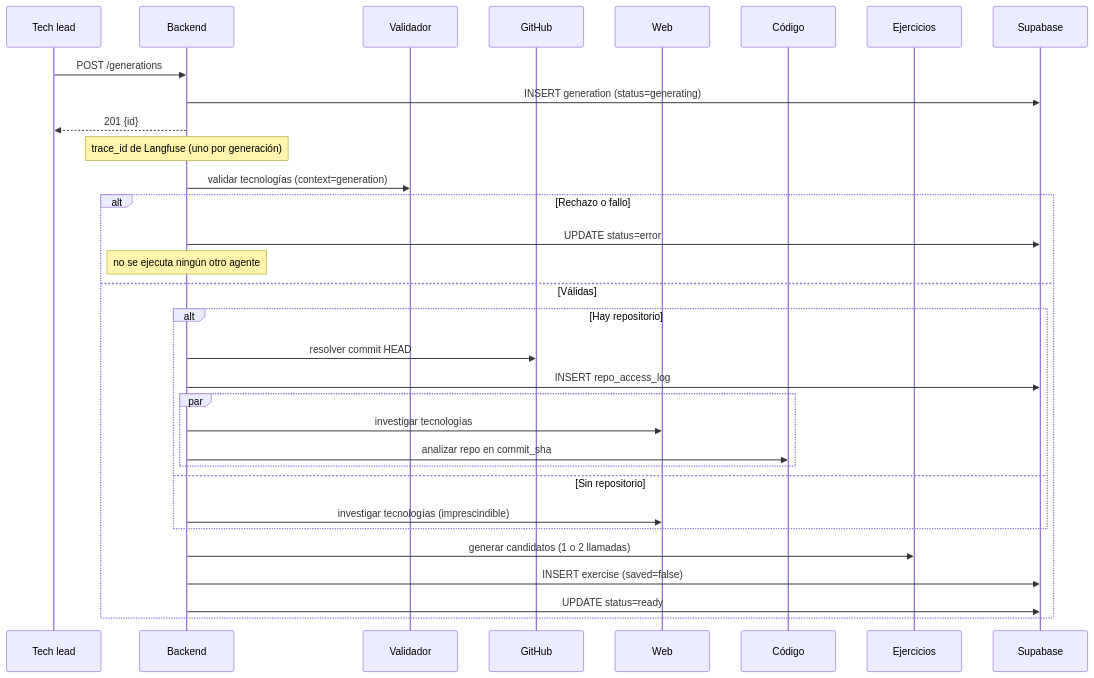
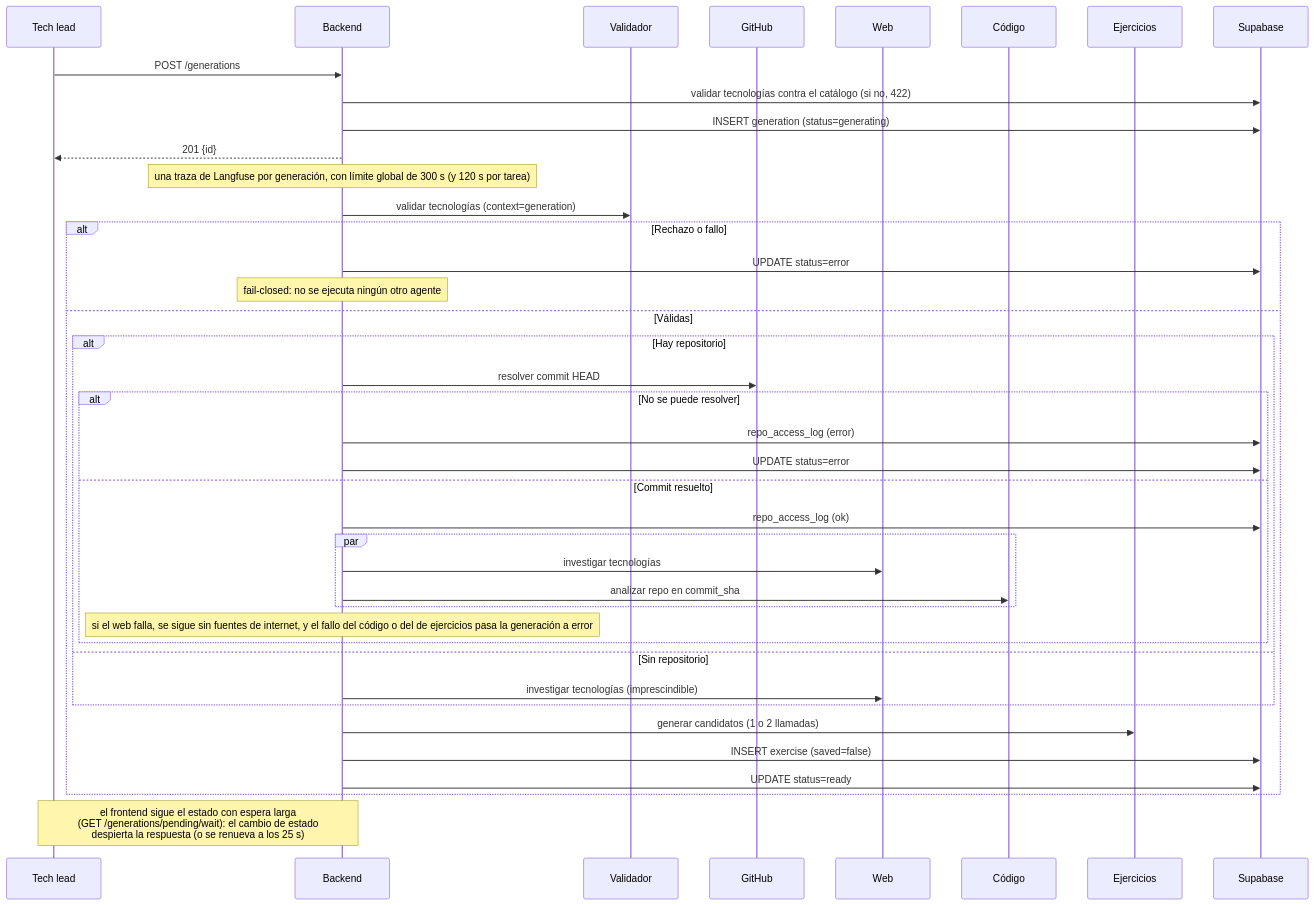
Before and after one commit to Mapeldorf/JuniorTrainer: the fourth of 10 diagrams in capstone/juniortrainer-capstone.md, drawn with Mermaid. The commit also changed other lines of this file, not shown here.

````diff
--- a/capstone/juniortrainer-capstone.md
+++ b/capstone/juniortrainer-capstone.md
@@ -1288,35 +1315,43 @@
 ```mermaid
 sequenceDiagram
     participant TL as Tech lead
     participant BE as Backend
     participant AV as Validador
     participant GH as GitHub
     participant AW as Web
     participant AC as Código
     participant AE as Ejercicios
     participant DB as Supabase
 
     TL->>BE: POST /generations
+    BE->>DB: validar tecnologías contra el catálogo (si no, 422)
     BE->>DB: INSERT generation (status=generating)
     BE-->>TL: 201 {id}
-    Note over BE: trace_id de Langfuse (uno por generación)
+    Note over BE: una traza de Langfuse por generación, con límite global de 300 s (y 120 s por tarea)
     BE->>AV: validar tecnologías (context=generation)
     alt Rechazo o fallo
         BE->>DB: UPDATE status=error
-        Note over BE: no se ejecuta ningún otro agente
+        Note over BE: fail-closed: no se ejecuta ningún otro agente
     else Válidas
         alt Hay repositorio
             BE->>GH: resolver commit HEAD
-            BE->>DB: INSERT repo_access_log
-            par
-                BE->>AW: investigar tecnologías
-                BE->>AC: analizar repo en commit_sha
+            alt No se puede resolver
+                BE->>DB: repo_access_log (error)
+                BE->>DB: UPDATE status=error
+            else Commit resuelto
+                BE->>DB: repo_access_log (ok)
+                par
+                    BE->>AW: investigar tecnologías
+                    BE->>AC: analizar repo en commit_sha
+                end
+                Note over BE: si el web falla, se sigue sin fuentes de internet, y el fallo del código o del de ejercicios pasa la generación a error
             end
         else Sin repositorio
             BE->>AW: investigar tecnologías (imprescindible)
         end
         BE->>AE: generar candidatos (1 o 2 llamadas)
         BE->>DB: INSERT exercise (saved=false)
         BE->>DB: UPDATE status=ready
     end
+    Note over TL,BE: el frontend sigue el estado con espera larga<br/>(GET /generations/pending/wait): el cambio de estado<br/>despierta la respuesta (o se renueva a los 25 s)
 ```
````
